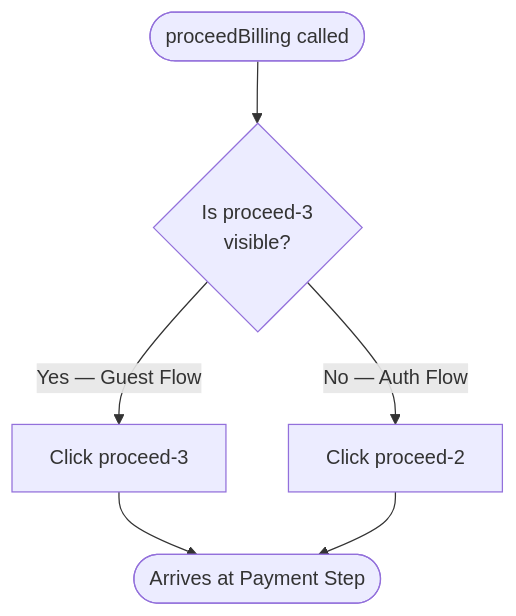
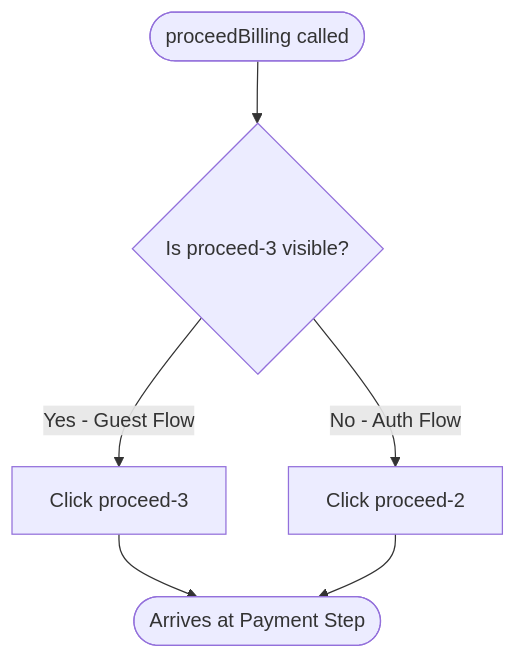
Before and after one commit to ron457/Cucumber-Test-Ophelia: diagram 15 of 15 in rchitecture.md, drawn with Mermaid. The commit also changed other lines of this file, not shown here.

````diff
--- a/rchitecture.md
+++ b/rchitecture.md
@@ -380,8 +375,8 @@
 ```mermaid
 flowchart TD
-    A([proceedBilling called]) --> B{Is proceed-3\nvisible?}
-    B -->|Yes — Guest Flow| C[Click proceed-3]
-    B -->|No — Auth Flow| D[Click proceed-2]
+    A(["proceedBilling called"]) --> B{"Is proceed-3 visible?"}
+    B -->|Yes - Guest Flow| C["Click proceed-3"]
+    B -->|No - Auth Flow| D["Click proceed-2"]
     C --> E([Arrives at Payment Step])
     D --> E
 ```
````
